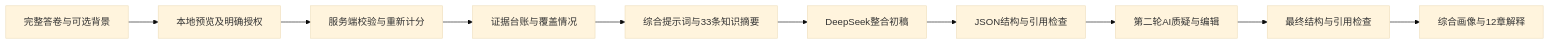
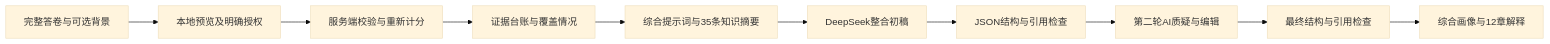
One commit to wangkeyu-u/ui-gallery changed the diagram in inner-atlas/docs/AI_ANALYSIS.md. Above: the diagram before and after it, drawn with Mermaid (base theme). The commit also changed other lines of this file and 30 other files, not shown here.

````diff
--- a/inner-atlas/docs/AI_ANALYSIS.md
+++ b/inner-atlas/docs/AI_ANALYSIS.md
@@ -30,12 +30,12 @@
 ```mermaid
 flowchart LR
  A[完整答卷与可选背景] --> B[本地预览及明确授权]
  B --> C[服务端校验与重新计分]
  C --> D[证据台账与覆盖情况]
- D --> E[综合提示词与33条知识摘要]
+ D --> E[综合提示词与35条知识摘要]
  E --> F[DeepSeek整合初稿]
  F --> G[JSON结构与引用检查]
  G --> R[第二轮AI质疑与编辑]
  R --> V[最终结构与引用检查]
  V --> H[综合画像与12章解释]
 ```
````
